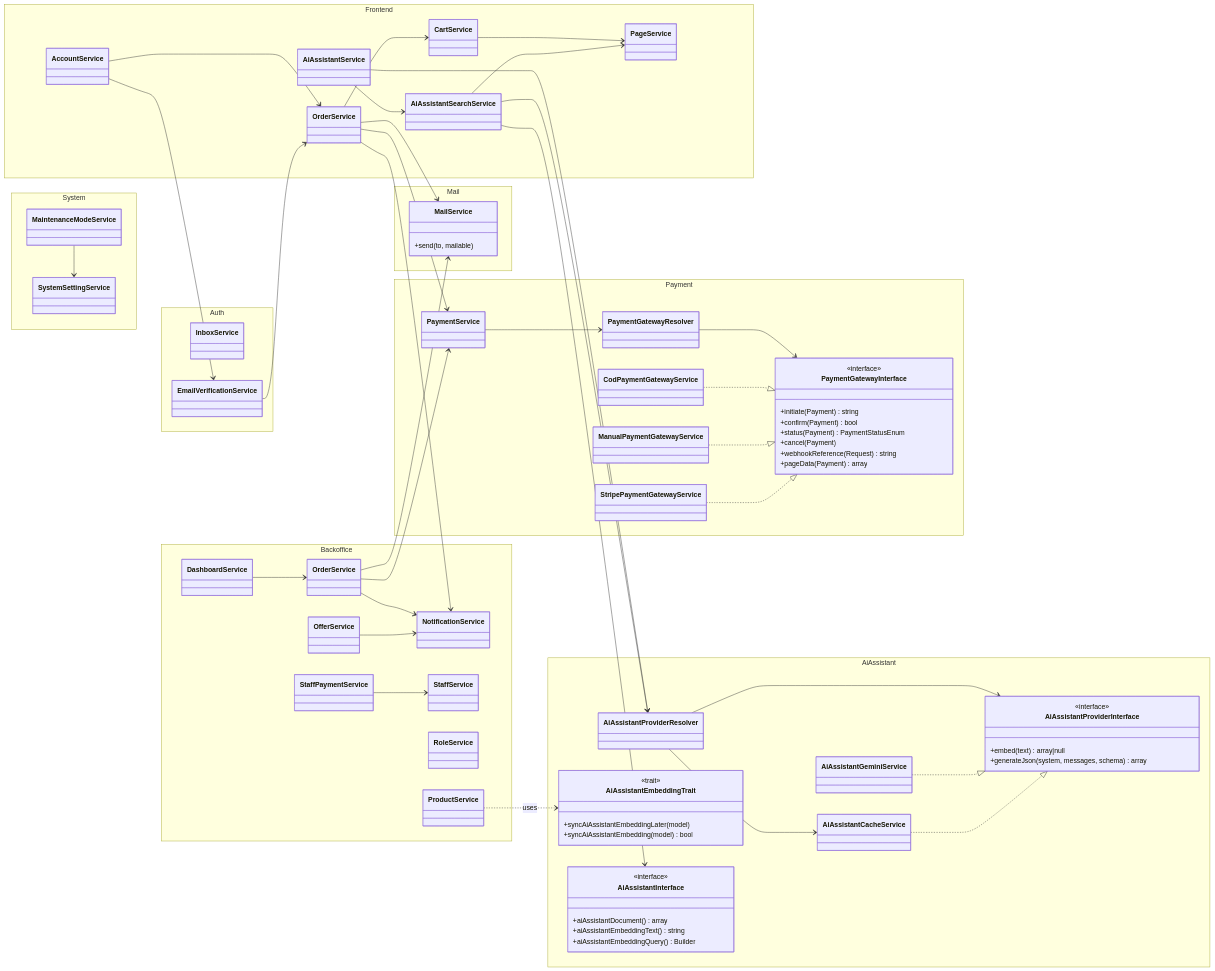
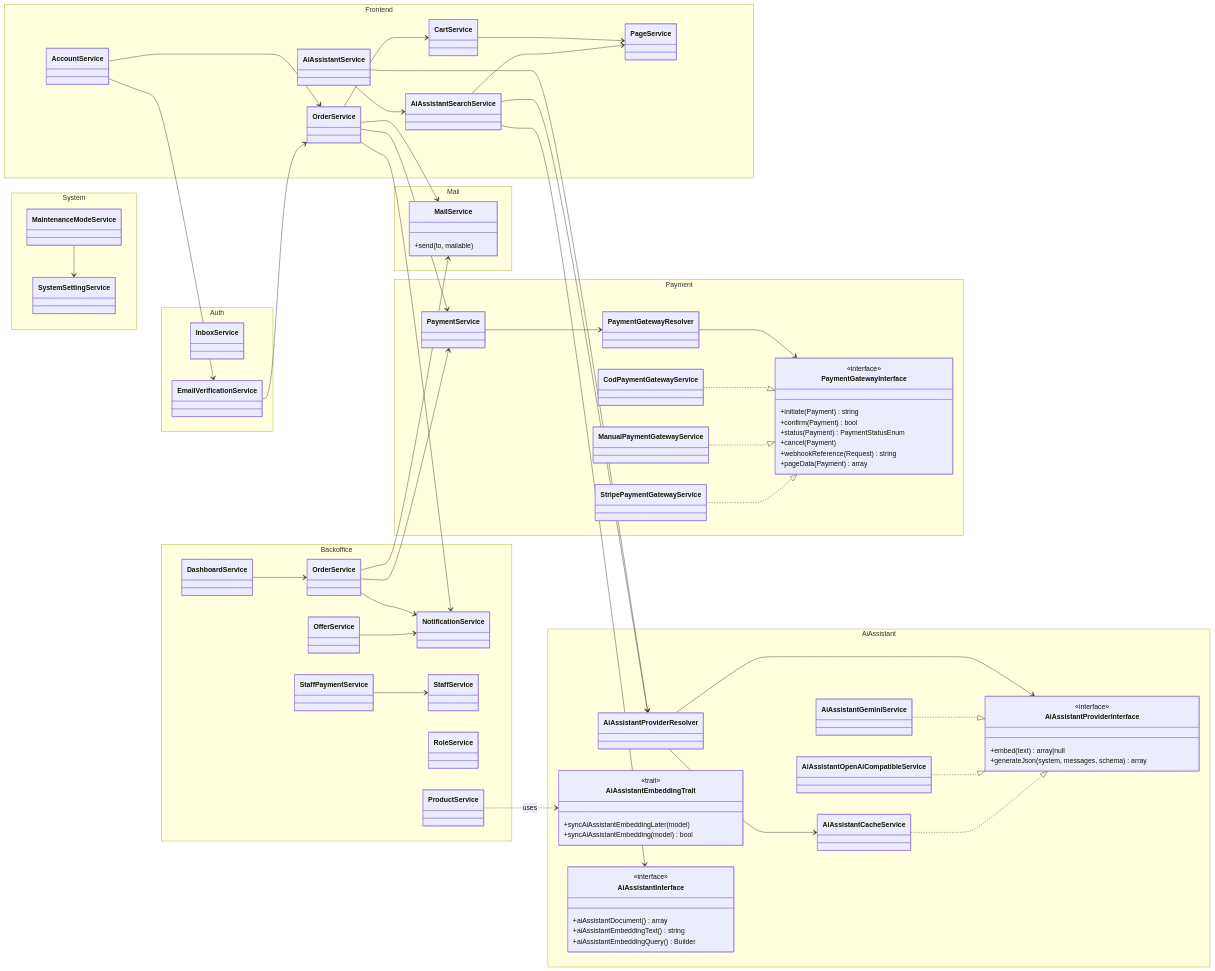
The third of 11 diagrams in DIAGRAM.md (salehibneomar/amar-ecommerce), drawn with Mermaid before and after one commit. The commit also changed other lines of this file and 25 other files, not shown here.

```diff
--- a/DIAGRAM.md
+++ b/DIAGRAM.md
@@ -414,6 +414,7 @@
             +generateJson(system, messages, schema) array
         }
         class AiAssistantGeminiService
+        class AiAssistantOpenAiCompatibleService
         class AiAssistantCacheService
         class AiAssistantProviderResolver
         class AiAssistantEmbeddingTrait {
@@ -456,6 +457,7 @@
     ProductService ..> AiAssistantEmbeddingTrait : uses
     AiAssistantProviderResolver --> AiAssistantProviderInterface
     AiAssistantGeminiService ..|> AiAssistantProviderInterface
+    AiAssistantOpenAiCompatibleService ..|> AiAssistantProviderInterface
     AiAssistantCacheService ..|> AiAssistantProviderInterface
     AiAssistantProviderResolver --> AiAssistantCacheService
     AiAssistantSearchService --> AiAssistantInterface
```
